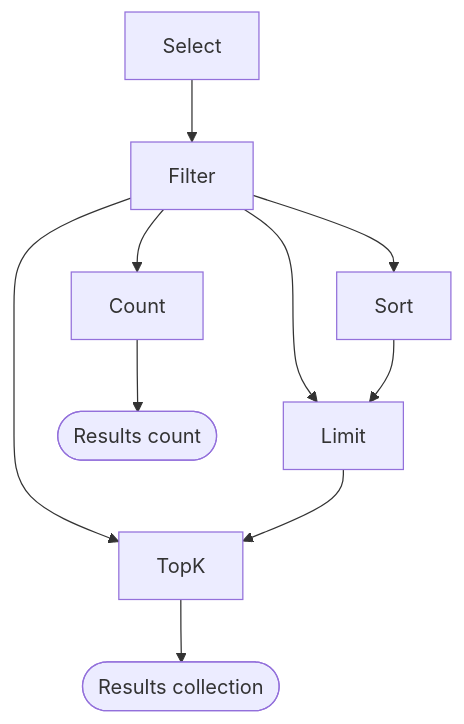
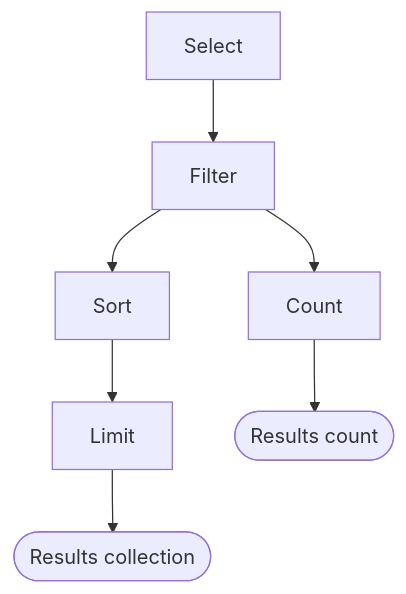
Before and after one commit to topk-io/topk: the diagram in docs/collections/query.mdx, drawn with Mermaid. The commit also changed other lines of this file and 45 other files, not shown here.

````diff
--- a/docs/collections/query.mdx
+++ b/docs/collections/query.mdx
@@ -32,13 +53,10 @@
 ```mermaid
 flowchart TD
     A[Select]
     A --> B[Filter]
     B --> C[Sort]
-    B --> D[Limit]
-    B --> E[TopK]
     B --> F[Count]
-    C --> D
-    D --> E
-    E --> H@{ shape: stadium, label: "Results collection" }
+    C --> D[Limit]
+    D --> H@{ shape: stadium, label: "Results collection" }
     F --> I@{ shape: stadium, label: "Results count" }
 ```
````
